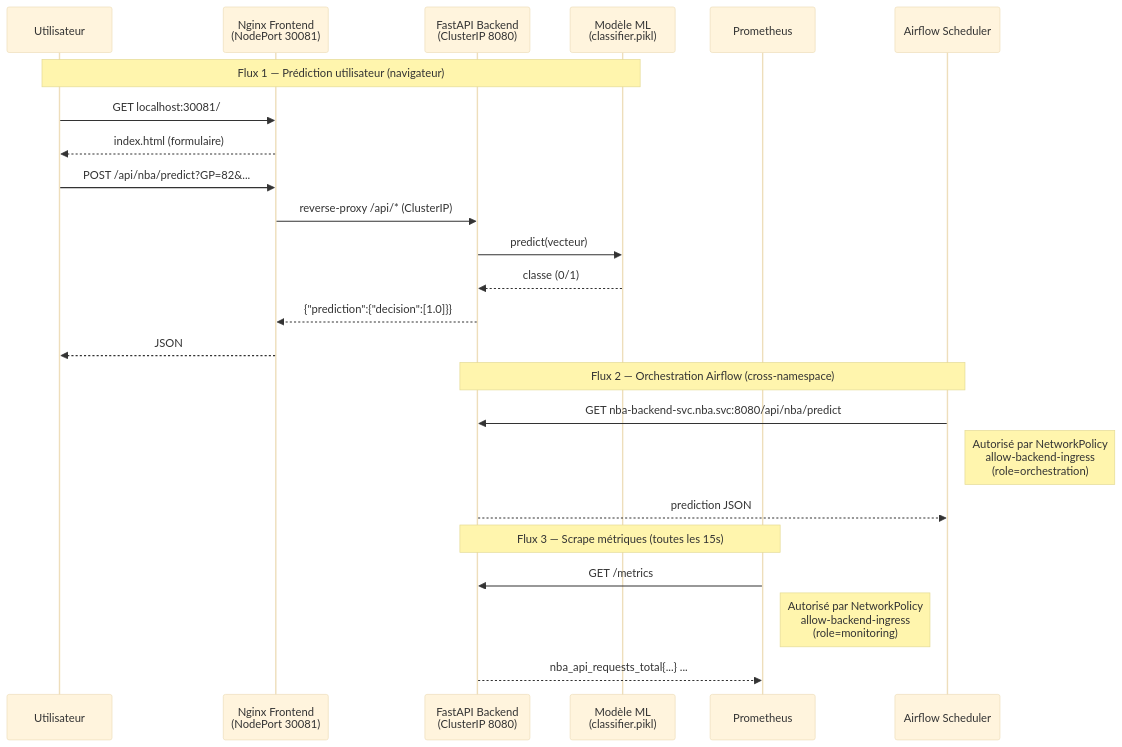
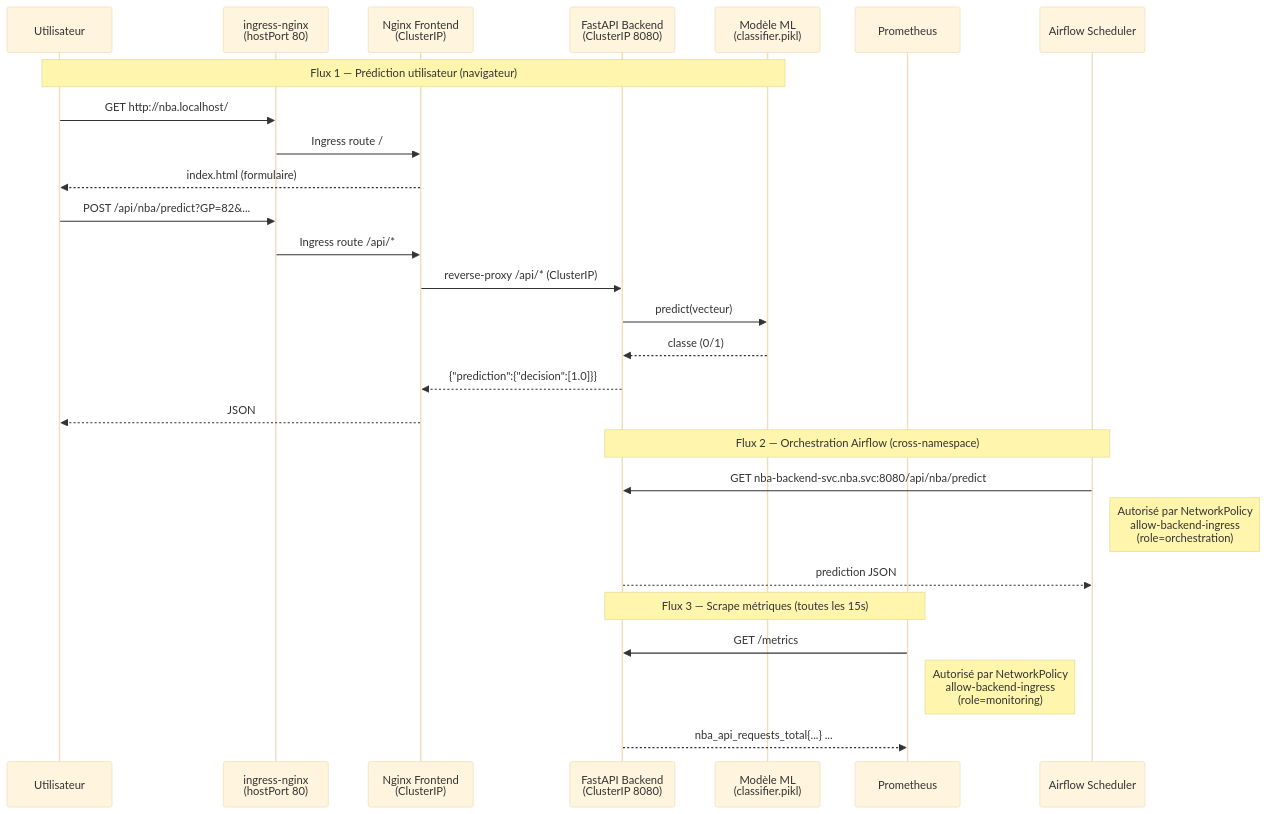
The second of 4 diagrams in docs/doc.md (Mael8zinsou/nba-predictor), drawn with Mermaid (base theme) before and after one commit. The commit also changed other lines of this file and 14 other files, not shown here.

First line of the commit message:
feat(v4.5): Ingress nba.localhost + PodDisruptionBudgets + ingress-nginx

````diff
--- a/docs/doc.md
+++ b/docs/doc.md
@@ -99,29 +105,32 @@
 ```mermaid
 sequenceDiagram
     participant U as Utilisateur
-    participant N as Nginx Frontend<br/>(NodePort 30081)
+    participant I as ingress-nginx<br/>(hostPort 80)
+    participant N as Nginx Frontend<br/>(ClusterIP)
     participant F as FastAPI Backend<br/>(ClusterIP 8080)
     participant M as Modèle ML<br/>(classifier.pikl)
     participant P as Prometheus
     participant A as Airflow Scheduler
 
     Note over U,M: Flux 1 — Prédiction utilisateur (navigateur)
-    U->>N: GET localhost:30081/
+    U->>I: GET http://nba.localhost/
+    I->>N: Ingress route /
     N-->>U: index.html (formulaire)
-    U->>N: POST /api/nba/predict?GP=82&...
+    U->>I: POST /api/nba/predict?GP=82&...
+    I->>N: Ingress route /api/*
     N->>F: reverse-proxy /api/* (ClusterIP)
     F->>M: predict(vecteur)
     M-->>F: classe (0/1)
     F-->>N: {"prediction":{"decision":[1.0]}}
     N-->>U: JSON
 
     Note over A,F: Flux 2 — Orchestration Airflow (cross-namespace)
     A->>F: GET nba-backend-svc.nba.svc:8080/api/nba/predict
     Note right of A: Autorisé par NetworkPolicy<br/>allow-backend-ingress<br/>(role=orchestration)
     F-->>A: prediction JSON
 
     Note over P,F: Flux 3 — Scrape métriques (toutes les 15s)
     P->>F: GET /metrics
     Note right of P: Autorisé par NetworkPolicy<br/>allow-backend-ingress<br/>(role=monitoring)
     F-->>P: nba_api_requests_total{...} ...
 ```
````
